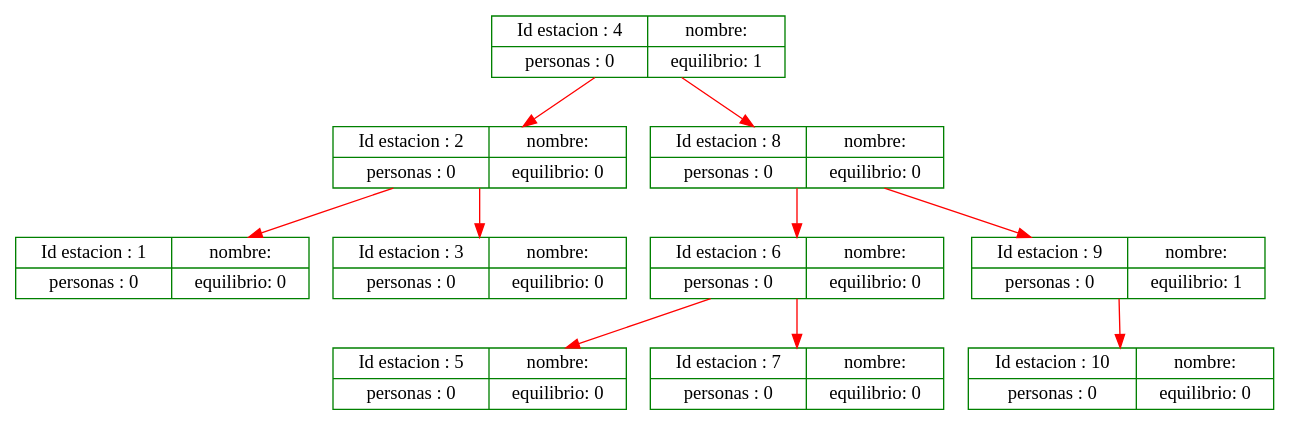
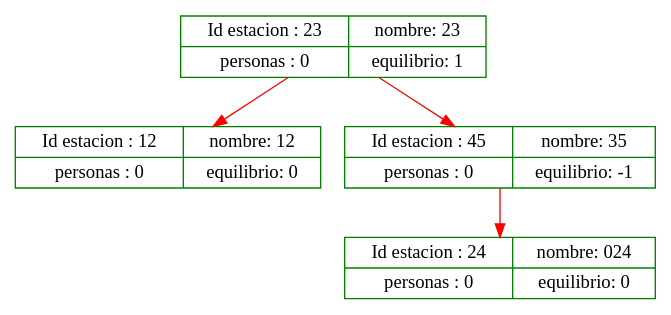
Before and after one commit to raul200920117/Proyecto1s22015_200920117: the diagram in web/images/AVLclave.dot, drawn with Graphviz. The commit also changed 19 other files, not shown here.

```diff
--- a/web/images/AVLclave.dot
+++ b/web/images/AVLclave.dot
@@ -1,23 +1,11 @@
 digraph g { 
-nod1 [shape=record ,color="green", label= " { Id estacion : 1 |  personas : 0 } | { nombre: | equilibrio: 0 }  "] ; 
-nod2 [shape=record ,color="green", label= " { Id estacion : 2 |  personas : 0 } | { nombre: | equilibrio: 0 }  "] ; 
-nod3 [shape=record ,color="green", label= " { Id estacion : 3 |  personas : 0 } | { nombre: | equilibrio: 0 }  "] ; 
-nod4 [shape=record ,color="green", label= " { Id estacion : 4 |  personas : 0 } | { nombre: | equilibrio: 1 }  "] ; 
-nod5 [shape=record ,color="green", label= " { Id estacion : 5 |  personas : 0 } | { nombre: | equilibrio: 0 }  "] ; 
-nod6 [shape=record ,color="green", label= " { Id estacion : 6 |  personas : 0 } | { nombre: | equilibrio: 0 }  "] ; 
-nod7 [shape=record ,color="green", label= " { Id estacion : 7 |  personas : 0 } | { nombre: | equilibrio: 0 }  "] ; 
-nod8 [shape=record ,color="green", label= " { Id estacion : 8 |  personas : 0 } | { nombre: | equilibrio: 0 }  "] ; 
-nod9 [shape=record ,color="green", label= " { Id estacion : 9 |  personas : 0 } | { nombre: | equilibrio: 1 }  "] ; 
-nod10 [shape=record ,color="green", label= " { Id estacion : 10 |  personas : 0 } | { nombre: | equilibrio: 0 }  "] ; 
+nod12 [shape=record ,color="green", label= " { Id estacion : 12 |  personas : 0 } | { nombre: 12| equilibrio: 0 }  "] ; 
+nod23 [shape=record ,color="green", label= " { Id estacion : 23 |  personas : 0 } | { nombre: 23| equilibrio: 1 }  "] ; 
+nod24 [shape=record ,color="green", label= " { Id estacion : 24 |  personas : 0 } | { nombre: 024| equilibrio: 0 }  "] ; 
+nod45 [shape=record ,color="green", label= " { Id estacion : 45 |  personas : 0 } | { nombre: 35| equilibrio: -1 }  "] ; 
 
-nod2 -> nod1 [color = red] ; 
-nod2 -> nod3 [color = red] ; 
-nod4 -> nod2 [color = red] ; 
-nod4 -> nod8 [color = red] ; 
-nod6 -> nod5 [color = red] ; 
-nod6 -> nod7 [color = red] ; 
-nod8 -> nod6 [color = red] ; 
-nod8 -> nod9 [color = red] ; 
-nod9 -> nod10 [color = red] ; 
+nod23 -> nod12 [color = red] ; 
+nod23 -> nod45 [color = red] ; 
+nod45 -> nod24 [color = red] ; 
 
 } 
```
